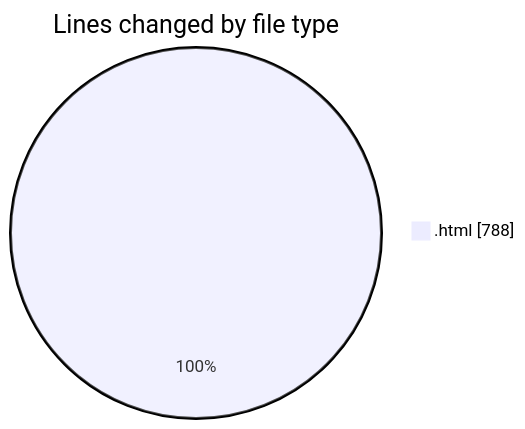
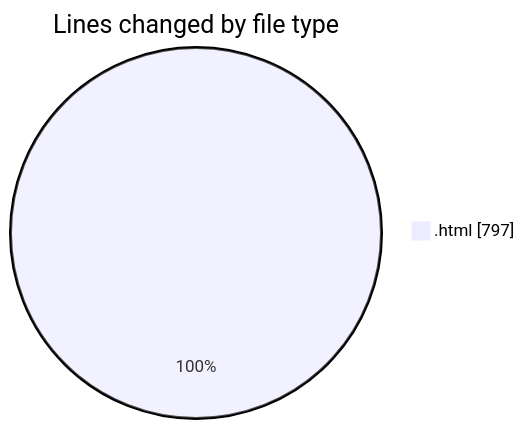
One commit to shibass792/code-tracking changed the first of 2 diagrams in 2026-07-16/panel/README.md. Above: the diagram before and after it, drawn with Mermaid. The commit also changed other lines of this file and 1 other file, not shown here.

````diff
--- a/2026-07-16/panel/README.md
+++ b/2026-07-16/panel/README.md
@@ -20,5 +20,5 @@
 ```mermaid
 pie showData
 title Lines changed by file type
-".html" : 788
+".html" : 797
 ```
````
